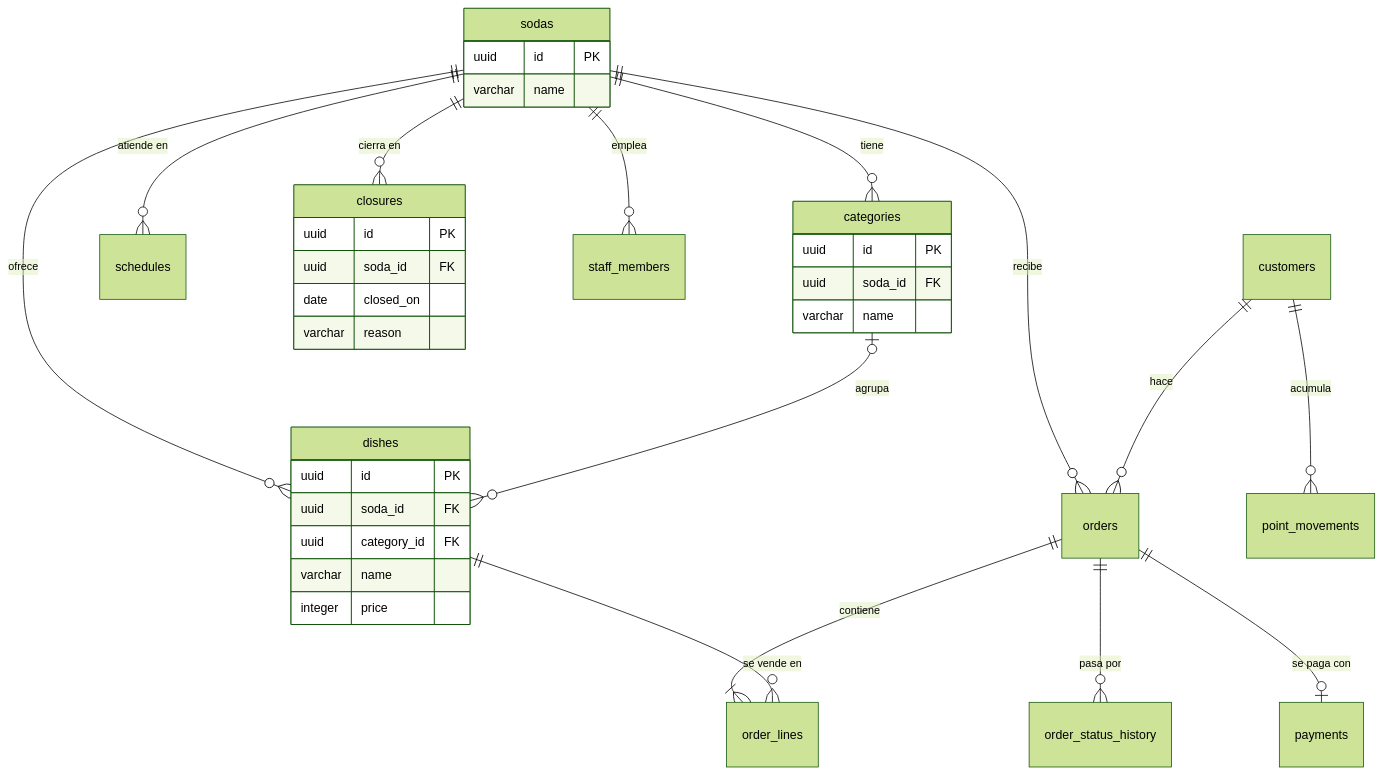
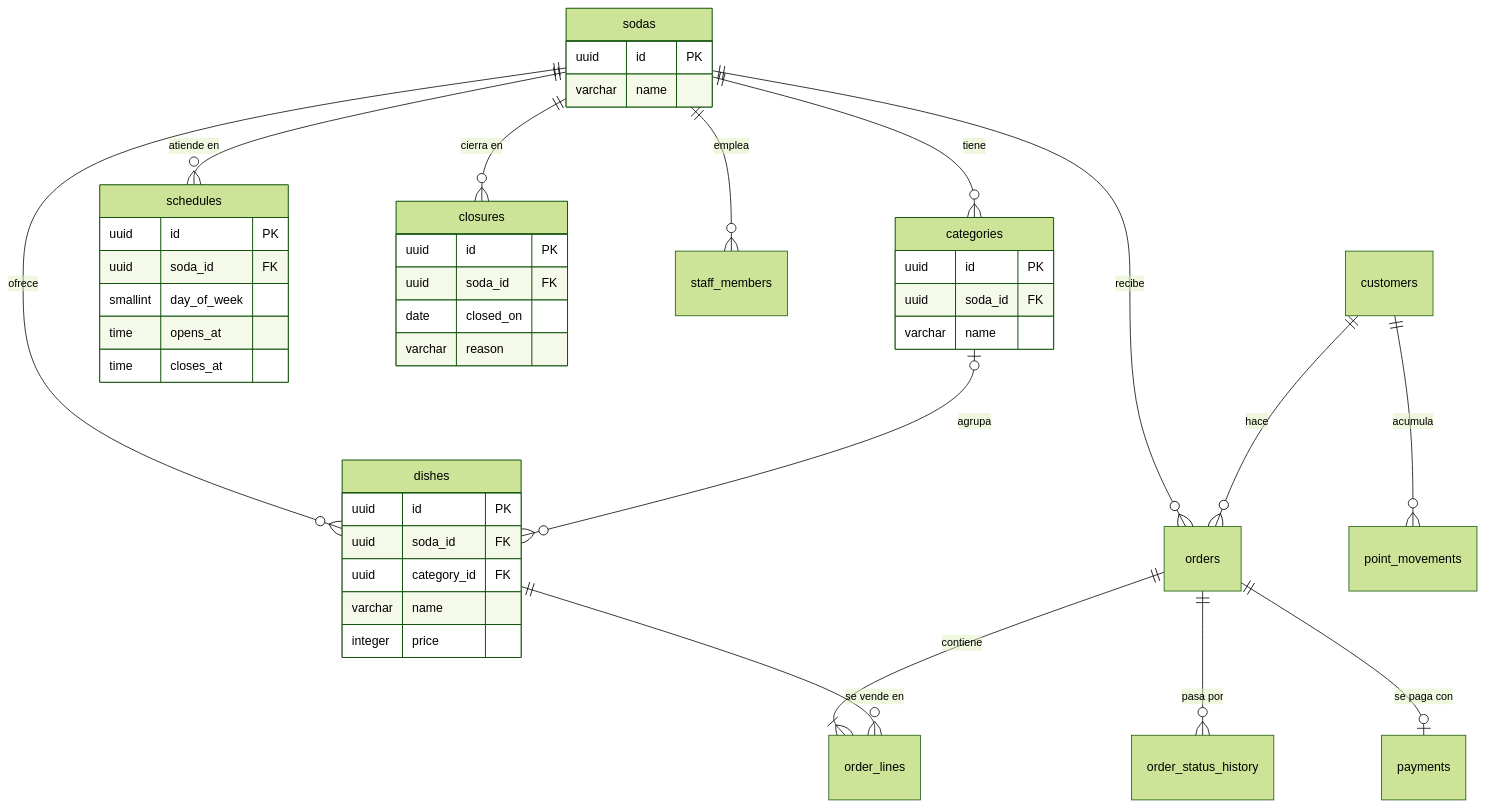
Before and after one commit to BryanChavesSalas/SodaYa-Hexagonal: the diagram in docs/data-model.md, drawn with Mermaid (forest theme). The commit also changed other lines of this file and 3 other files, not shown here.

````diff
--- a/docs/data-model.md
+++ b/docs/data-model.md
@@ -9,39 +9,46 @@
 ```mermaid
 erDiagram
     sodas ||--o{ categories : "tiene"
     sodas ||--o{ dishes : "ofrece"
     categories |o--o{ dishes : "agrupa"
     sodas ||--o{ schedules : "atiende en"
     sodas ||--o{ closures : "cierra en"
     sodas ||--o{ staff_members : "emplea"
     sodas ||--o{ orders : "recibe"
     customers ||--o{ orders : "hace"
     orders ||--|{ order_lines : "contiene"
     dishes ||--o{ order_lines : "se vende en"
     orders ||--o{ order_status_history : "pasa por"
     orders ||--o| payments : "se paga con"
     customers ||--o{ point_movements : "acumula"
 
     sodas {
         uuid id PK
         varchar name
     }
     categories {
         uuid id PK
         uuid soda_id FK
         varchar name
     }
     dishes {
         uuid id PK
         uuid soda_id FK
         uuid category_id FK
         varchar name
         integer price
     }
+    schedules {
+        uuid id PK
+        uuid soda_id FK
+        smallint day_of_week
+        time opens_at
+        time closes_at
+    }
     closures {
         uuid id PK
         uuid soda_id FK
         date closed_on
         varchar reason
     }
 ```
````
